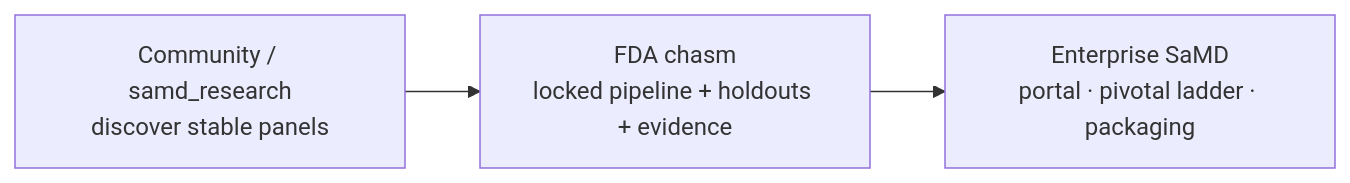
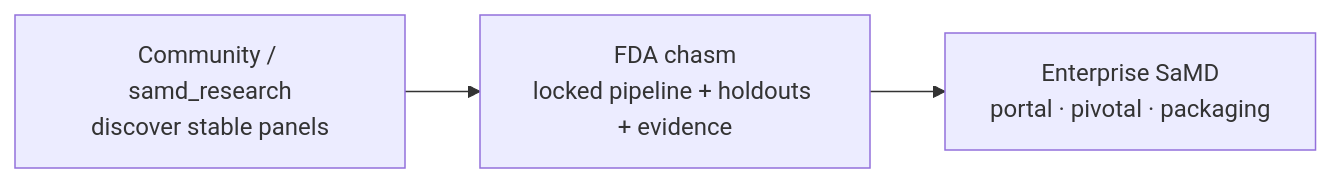
One commit to Goliath-Research/GoliathWorkflow changed diagram 12 of 12 in docs/presentations/regulatory-ready-platform-multiomics.md. Above: the diagram before and after it, drawn with Mermaid. The commit also changed other lines of this file and 2 other files, not shown here.

````diff
--- a/docs/presentations/regulatory-ready-platform-multiomics.md
+++ b/docs/presentations/regulatory-ready-platform-multiomics.md
@@ -395,5 +458,5 @@
 ```mermaid
 flowchart LR
   CE["Community / samd_research<br/>discover stable panels"] --> CHASM["FDA chasm<br/>locked pipeline + holdouts + evidence"]
-  CHASM --> ENT["Enterprise SaMD<br/>portal · pivotal ladder · packaging"]
+  CHASM --> ENT["Enterprise SaMD<br/>portal · pivotal · packaging"]
 ```
````
